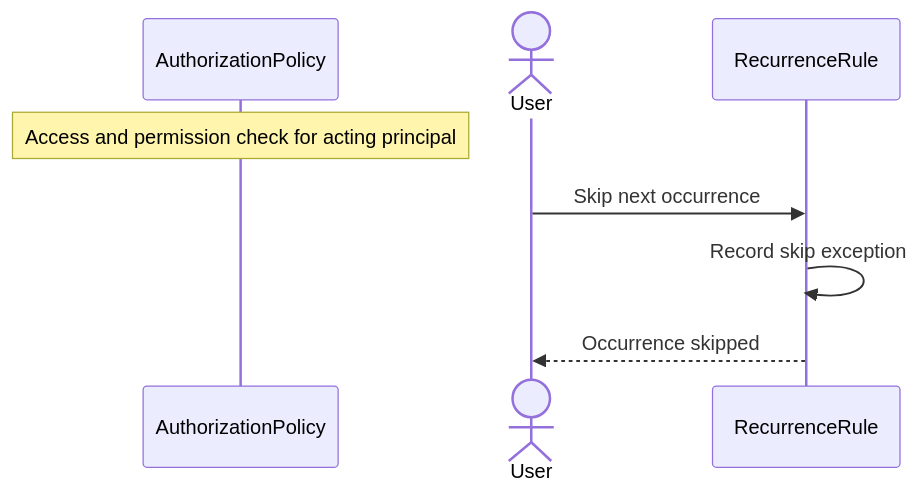
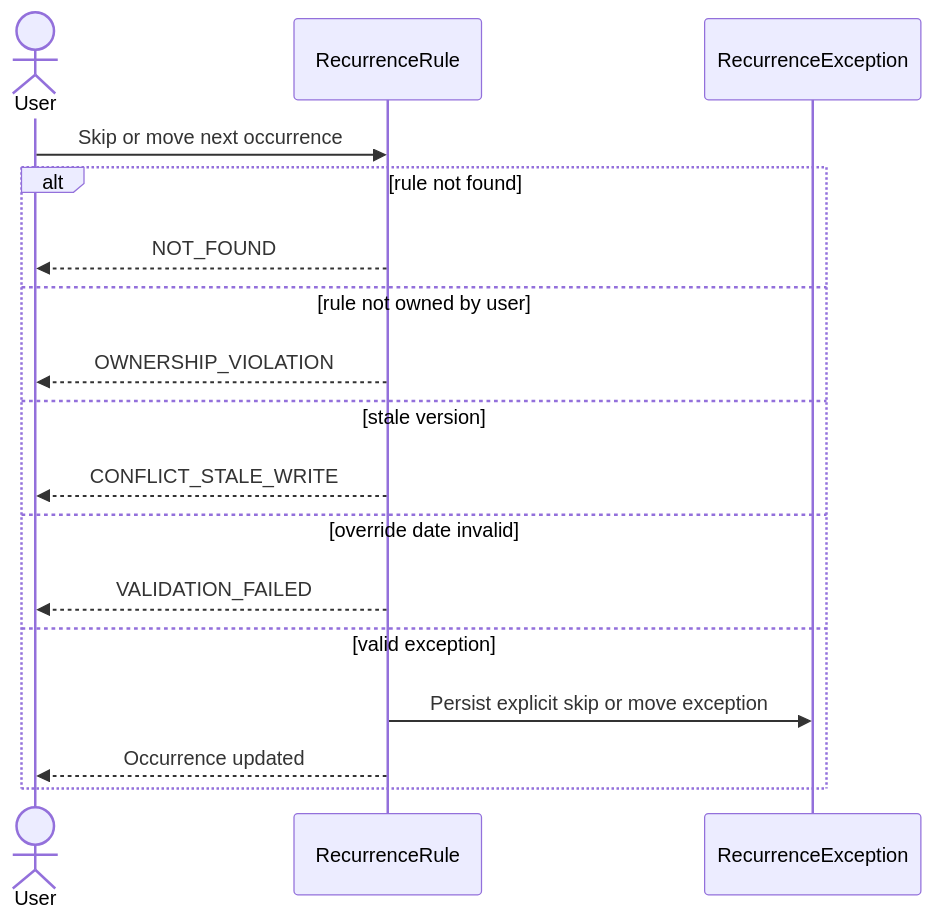
Diagram 14 of 15 in architecture/sequence-diagrams/03-tasks-recurrence.md (ChidiRnweke/margin), drawn with Mermaid before and after one commit. The commit also changed other lines of this file and 12 other files, not shown here.

Commit message:
Enhance sequence diagrams and introduce traceability matrix

````diff
--- a/architecture/sequence-diagrams/03-tasks-recurrence.md
+++ b/architecture/sequence-diagrams/03-tasks-recurrence.md
@@ -229,10 +336,19 @@
 ```mermaid
 sequenceDiagram
-    participant G as AuthorizationPolicy
-    Note over G: Access and permission check for acting principal
     actor U as User
     participant C as RecurrenceRule
-    U->>C: Skip next occurrence
-    C->>C: Record skip exception
-    C-->>U: Occurrence skipped
+    participant E as RecurrenceException
+    U->>C: Skip or move next occurrence
+    alt rule not found
+        C-->>U: NOT_FOUND
+    else rule not owned by user
+        C-->>U: OWNERSHIP_VIOLATION
+    else stale version
+        C-->>U: CONFLICT_STALE_WRITE
+    else override date invalid
+        C-->>U: VALIDATION_FAILED
+    else valid exception
+        C->>E: Persist explicit skip or move exception
+        C-->>U: Occurrence updated
+    end
 ```
````
